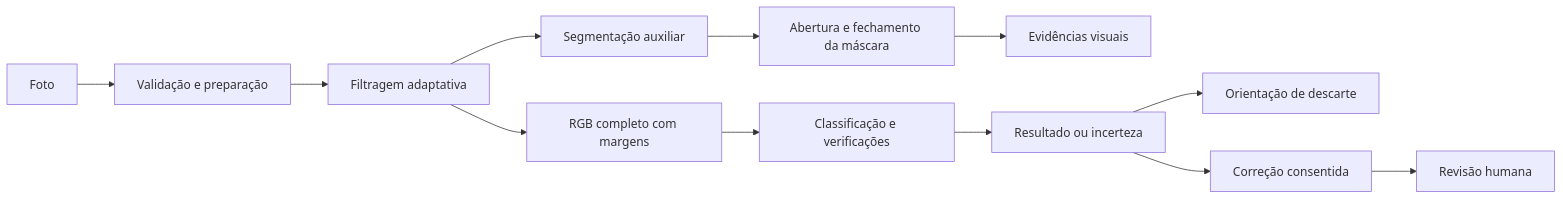
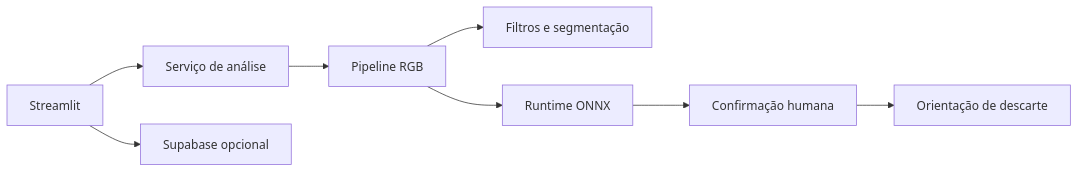
Before and after one commit to Gabrielhamad/ecoscan: the diagram in README.md, drawn with Mermaid. The commit also changed other lines of this file and 205 other files, not shown here.

````diff
--- a/README.md
+++ b/README.md
@@ -188,14 +40,10 @@
 ```mermaid
 flowchart LR
-    A[Foto] --> B[Validação e preparação]
-    B --> C[Filtragem adaptativa]
-    C --> D[Segmentação auxiliar]
-    D --> M[Abertura e fechamento da máscara]
-    M --> V[Evidências visuais]
-    C --> L[RGB completo com margens]
-    L --> E[Classificação e verificações]
-    E --> F[Resultado ou incerteza]
-    F --> G[Orientação de descarte]
-    F --> H[Correção consentida]
-    H --> I[Revisão humana]
+    UI[Streamlit] --> AS[Serviço de análise]
+    AS --> PP[Pipeline RGB]
+    PP --> CV[Filtros e segmentação]
+    PP --> RT[Runtime ONNX]
+    RT --> SAFE[Confirmação humana]
+    SAFE --> GUIDE[Orientação de descarte]
+    UI --> DB[Supabase opcional]
 ```
````
